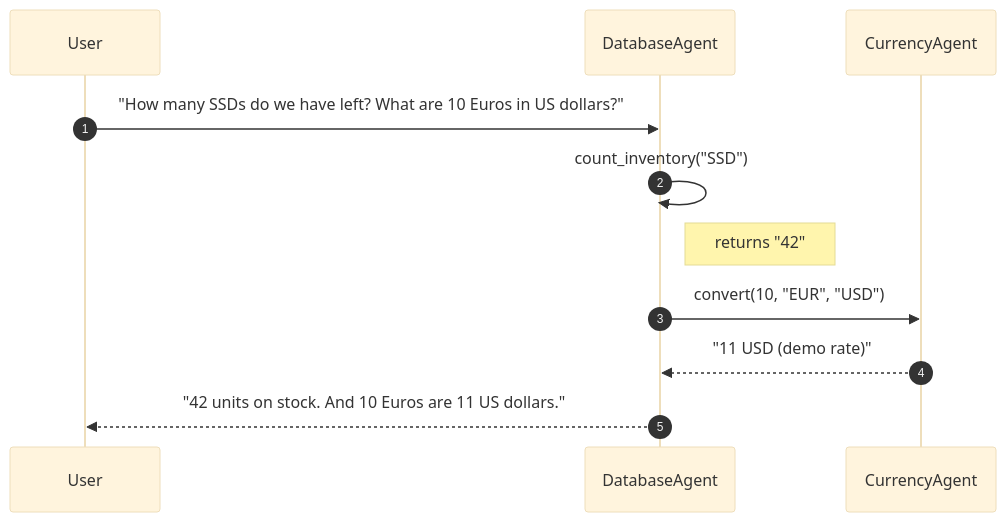
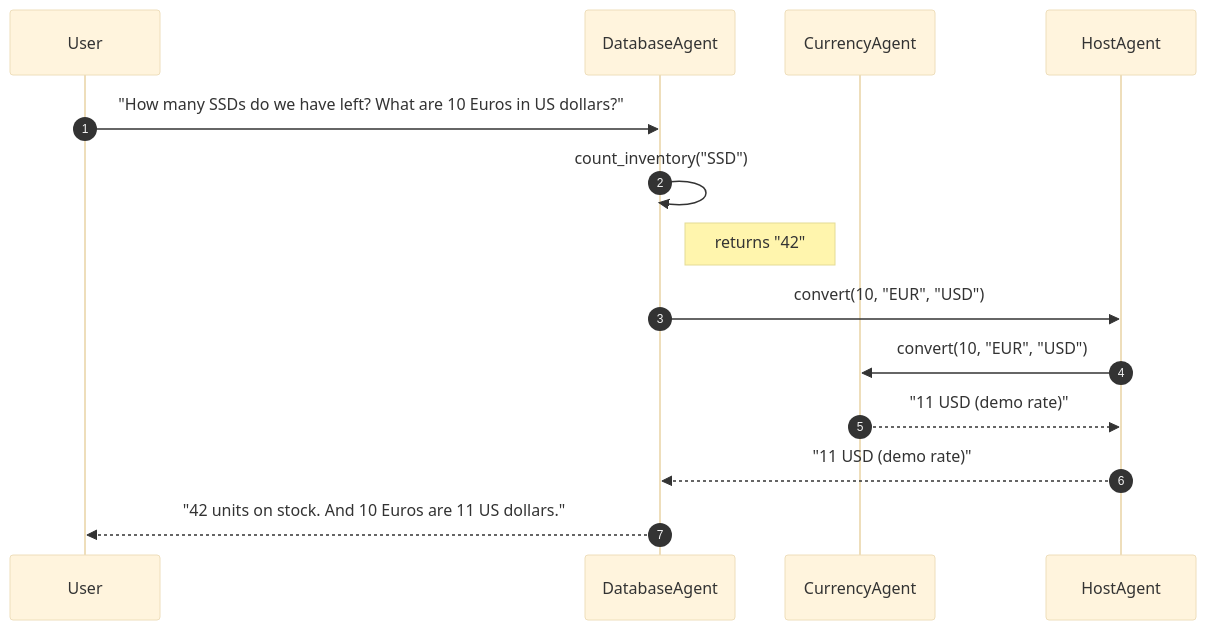
One commit to jfabend/A2A_bidirectional changed the first of 3 diagrams in README.md. Above: the diagram before and after it, drawn with Mermaid (base theme). The commit also changed other lines of this file, not shown here.

````diff
--- a/README.md
+++ b/README.md
@@ -35,14 +35,16 @@
 ```mermaid
 sequenceDiagram
     autonumber
     participant User
     participant DatabaseAgent
     participant CurrencyAgent
 
     User->>DatabaseAgent: "How many SSDs do we have left? What are 10 Euros in US dollars?"
     DatabaseAgent->>DatabaseAgent: count_inventory("SSD")
     Note right of DatabaseAgent: returns "42"
-    DatabaseAgent->>CurrencyAgent: convert(10, "EUR", "USD")
-    CurrencyAgent-->>DatabaseAgent: "11 USD (demo rate)"
+    DatabaseAgent->>HostAgent: convert(10, "EUR", "USD")
+    HostAgent->>CurrencyAgent: convert(10, "EUR", "USD")
+    CurrencyAgent-->>HostAgent: "11 USD (demo rate)"
+    HostAgent-->>DatabaseAgent: "11 USD (demo rate)"
     DatabaseAgent-->>User: "42 units on stock. And 10 Euros are 11 US dollars."
 ```
````
